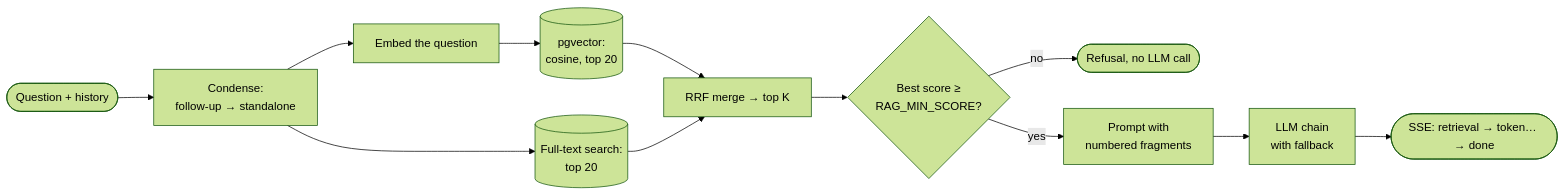
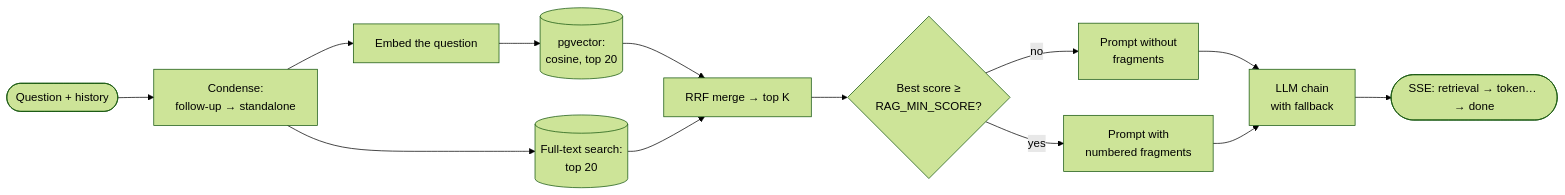
Before and after one commit to Askar-Turanazarov/SkyDental-RAG: the diagram in README.md, drawn with Mermaid (forest theme). The commit also changed other lines of this file and 2 other files, not shown here.

Commit message:
Update README for new assistant flow

````diff
--- a/README.md
+++ b/README.md
@@ -61,14 +61,15 @@
 ```mermaid
 flowchart LR
   Q([Question + history]) --> C[Condense:<br/>follow-up → standalone]
   C --> E[Embed the question]
   E --> V[(pgvector:<br/>cosine, top 20)]
   C --> K[(Full-text search:<br/>top 20)]
   V --> R[RRF merge → top K]
   K --> R
   R --> T{Best score ≥<br/>RAG_MIN_SCORE?}
-  T -- no --> X([Refusal, no LLM call])
+  T -- no --> X[Prompt without<br/>fragments]
   T -- yes --> P[Prompt with<br/>numbered fragments]
+  X --> L
   P --> L[LLM chain<br/>with fallback]
   L --> S([SSE: retrieval → token… → done])
 ```
````
